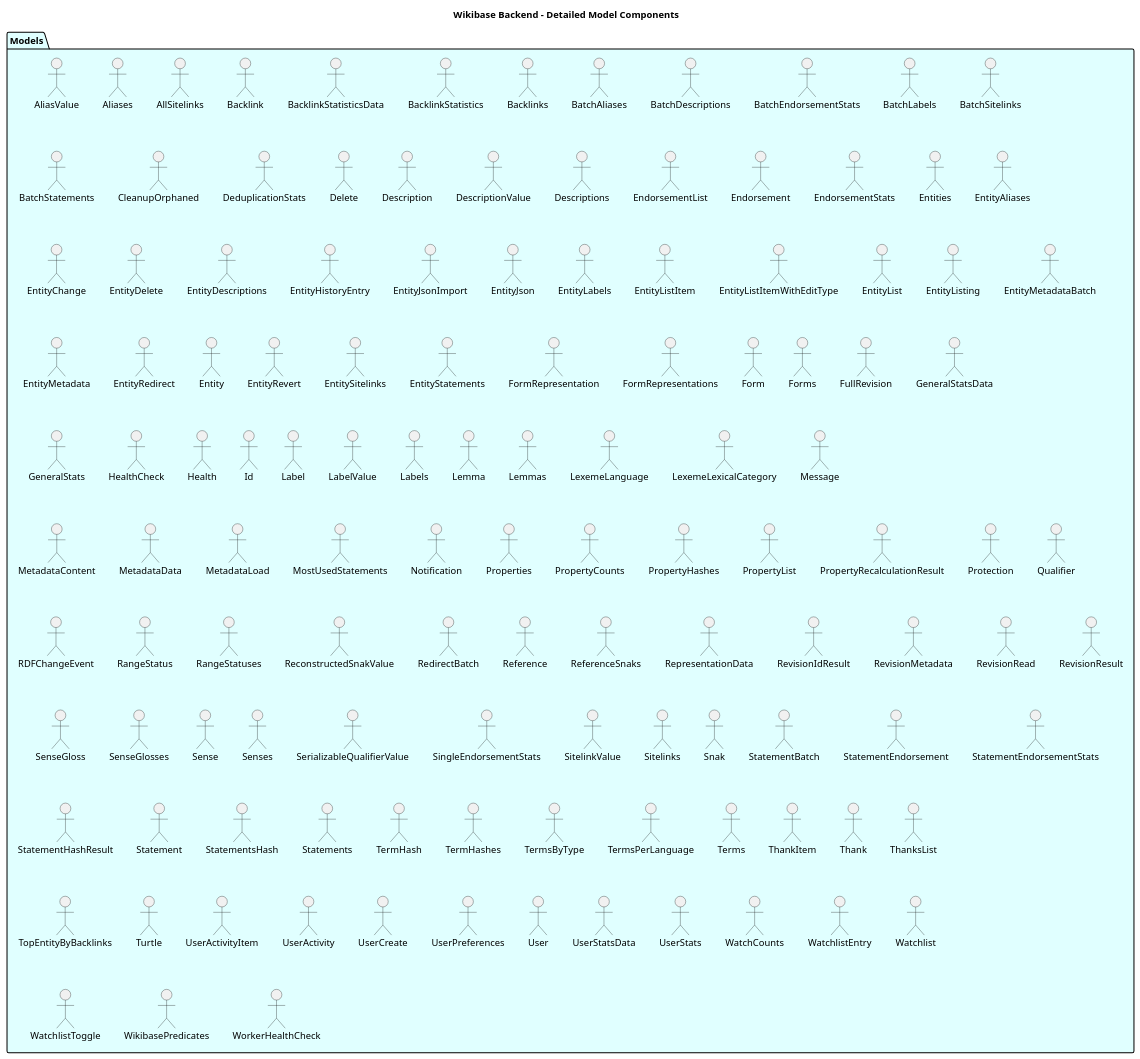
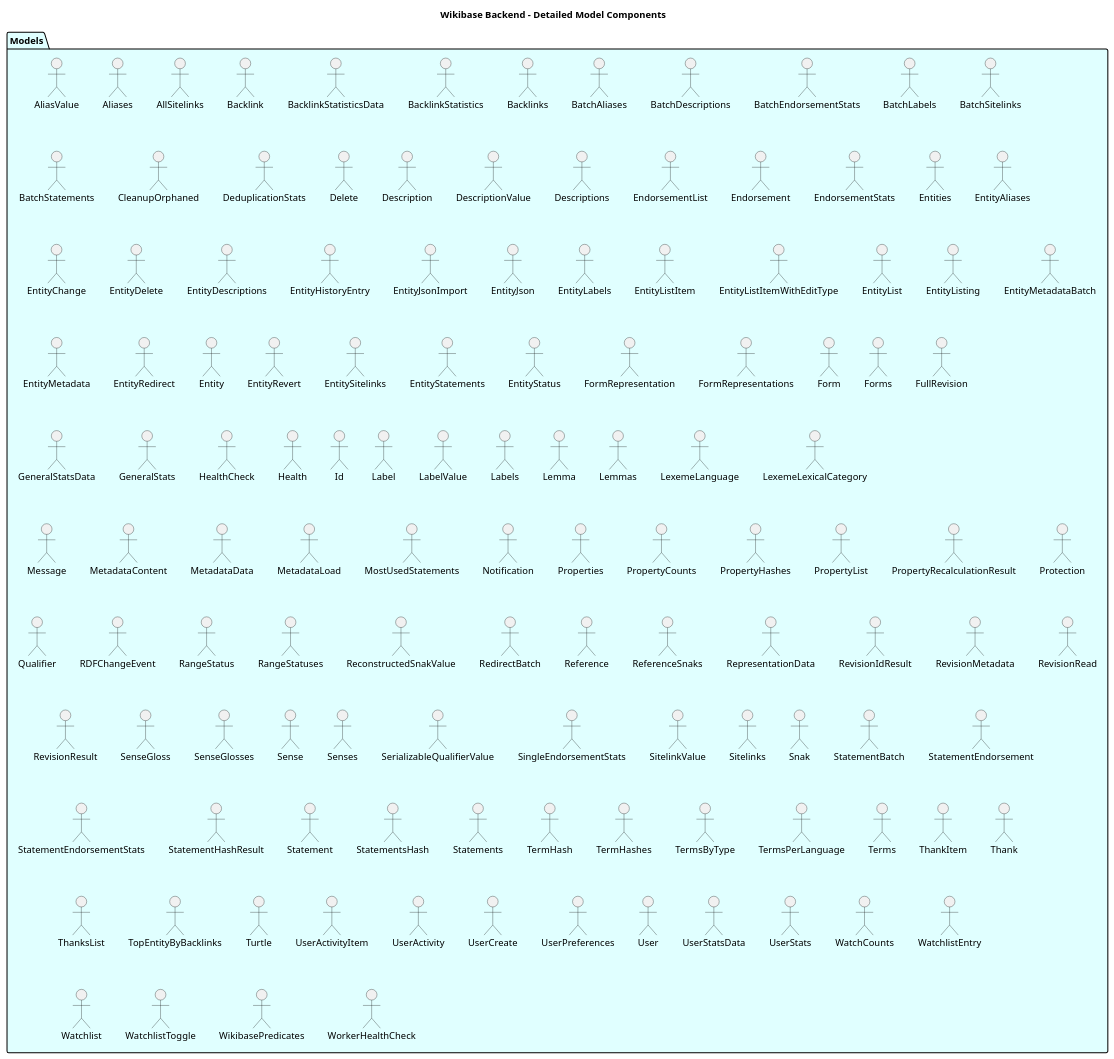
The diagram in docs/DIAGRAMS/detailed_model_components.puml (dpriskorn/entitybase-backend), drawn with PlantUML before and after one commit. The commit also changed 31 other files, not shown here.

```diff
--- a/docs/DIAGRAMS/detailed_model_components.puml
+++ b/docs/DIAGRAMS/detailed_model_components.puml
@@ -1,131 +1,132 @@
 @startuml Detailed Model Components
 
 title Wikibase Backend - Detailed Model Components
 
 package "Models" as Models #LightCyan {
     "AliasValue" as AliasValue
     "Aliases" as AliasesResponse
     "AllSitelinks" as AllSitelinksResponse
     "Backlink" as BacklinkResponse
     "BacklinkStatisticsData" as BacklinkStatisticsData
     "BacklinkStatistics" as BacklinkStatisticsResponse
     "Backlinks" as BacklinksResponse
     "BatchAliases" as BatchAliasesResponse
     "BatchDescriptions" as BatchDescriptionsResponse
     "BatchEndorsementStats" as BatchEndorsementStatsResponse
     "BatchLabels" as BatchLabelsResponse
     "BatchSitelinks" as BatchSitelinksResponse
     "BatchStatements" as BatchStatementsResponse
     "CleanupOrphaned" as CleanupOrphanedResponse
     "DeduplicationStats" as DeduplicationStatsResponse
     "Delete" as DeleteResponse
     "Description" as DescriptionResponse
     "DescriptionValue" as DescriptionValue
     "Descriptions" as DescriptionsResponse
     "EndorsementList" as EndorsementListResponse
     "Endorsement" as EndorsementResponse
     "EndorsementStats" as EndorsementStatsResponse
     "Entities" as EntitiesResponse
     "EntityAliases" as EntityAliasesResponse
     "EntityChange" as EntityChange
     "EntityDelete" as EntityDeleteResponse
     "EntityDescriptions" as EntityDescriptionsResponse
     "EntityHistoryEntry" as EntityHistoryEntry
     "EntityJsonImport" as EntityJsonImportResponse
     "EntityJson" as EntityJsonResponse
     "EntityLabels" as EntityLabelsResponse
     "EntityListItem" as EntityListItem
     "EntityListItemWithEditType" as EntityListItemWithEditType
     "EntityList" as EntityListResponse
     "EntityListing" as EntityListing
     "EntityMetadataBatch" as EntityMetadataBatchResponse
     "EntityMetadata" as EntityMetadataResponse
     "EntityRedirect" as EntityRedirectResponse
     "Entity" as EntityResponse
     "EntityRevert" as EntityRevertResponse
     "EntitySitelinks" as EntitySitelinksResponse
     "EntityStatements" as EntityStatementsResponse
+    "EntityStatus" as EntityStatusResponse
     "FormRepresentation" as FormRepresentationResponse
     "FormRepresentations" as FormRepresentationsResponse
     "Form" as FormResponse
     "Forms" as FormsResponse
     "FullRevision" as FullRevisionResponse
     "GeneralStatsData" as GeneralStatsData
     "GeneralStats" as GeneralStatsResponse
     "HealthCheck" as HealthCheckResponse
     "Health" as HealthResponse
     "Id" as IdResponse
     "Label" as LabelResponse
     "LabelValue" as LabelValue
     "Labels" as LabelsResponse
     "Lemma" as LemmaResponse
     "Lemmas" as LemmasResponse
     "LexemeLanguage" as LexemeLanguageResponse
     "LexemeLexicalCategory" as LexemeLexicalCategoryResponse
     "Message" as MessageResponse
     "MetadataContent" as MetadataContent
     "MetadataData" as MetadataData
     "MetadataLoad" as MetadataLoadResponse
     "MostUsedStatements" as MostUsedStatementsResponse
     "Notification" as NotificationResponse
     "Properties" as PropertiesResponse
     "PropertyCounts" as PropertyCountsResponse
     "PropertyHashes" as PropertyHashesResponse
     "PropertyList" as PropertyListResponse
     "PropertyRecalculationResult" as PropertyRecalculationResult
     "Protection" as ProtectionResponse
     "Qualifier" as QualifierResponse
     "RDFChangeEvent" as RDFChangeEvent
     "RangeStatus" as RangeStatus
     "RangeStatuses" as RangeStatuses
     "ReconstructedSnakValue" as ReconstructedSnakValue
     "RedirectBatch" as RedirectBatchResponse
     "Reference" as ReferenceResponse
     "ReferenceSnaks" as ReferenceSnaks
     "RepresentationData" as RepresentationData
     "RevisionIdResult" as RevisionIdResult
     "RevisionMetadata" as RevisionMetadataResponse
     "RevisionRead" as RevisionReadResponse
     "RevisionResult" as RevisionResult
     "SenseGloss" as SenseGlossResponse
     "SenseGlosses" as SenseGlossesResponse
     "Sense" as SenseResponse
     "Senses" as SensesResponse
     "SerializableQualifierValue" as SerializableQualifierValue
     "SingleEndorsementStats" as SingleEndorsementStatsResponse
     "SitelinkValue" as SitelinkValue
     "Sitelinks" as SitelinksResponse
     "Snak" as SnakResponse
     "StatementBatch" as StatementBatchResponse
     "StatementEndorsement" as StatementEndorsementResponse
     "StatementEndorsementStats" as StatementEndorsementStats
     "StatementHashResult" as StatementHashResult
     "Statement" as StatementResponse
     "StatementsHash" as StatementsHashResponse
     "Statements" as StatementsResponse
     "TermHash" as TermHashResponse
     "TermHashes" as TermHashesResponse
     "TermsByType" as TermsByType
     "TermsPerLanguage" as TermsPerLanguage
     "Terms" as TermsResponse
     "ThankItem" as ThankItemResponse
     "Thank" as ThankResponse
     "ThanksList" as ThanksListResponse
     "TopEntityByBacklinks" as TopEntityByBacklinks
     "Turtle" as TurtleResponse
     "UserActivityItem" as UserActivityItemResponse
     "UserActivity" as UserActivityResponse
     "UserCreate" as UserCreateResponse
     "UserPreferences" as UserPreferencesResponse
     "User" as UserResponse
     "UserStatsData" as UserStatsData
     "UserStats" as UserStatsResponse
     "WatchCounts" as WatchCounts
     "WatchlistEntry" as WatchlistEntryResponse
     "Watchlist" as WatchlistResponse
     "WatchlistToggle" as WatchlistToggleResponse
     "WikibasePredicates" as WikibasePredicatesResponse
     "WorkerHealthCheck" as WorkerHealthCheckResponse
 }
 
 @enduml
```
